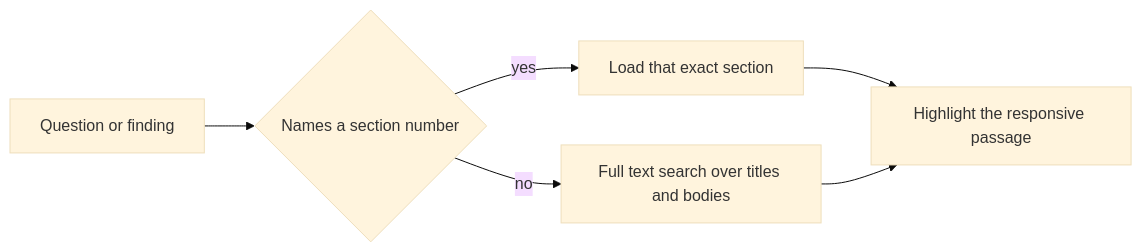
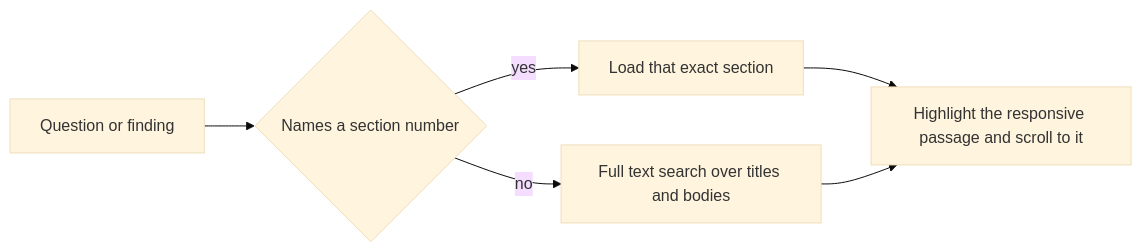
One commit to aaravmin/Pincite changed the third of 4 diagrams in README.md. Above: the diagram before and after it, drawn with Mermaid (base theme). The commit also changed other lines of this file and 41 other files, not shown here.

````diff
--- a/README.md
+++ b/README.md
@@ -120,8 +97,8 @@
 ```mermaid
 flowchart LR
   A[Question or finding] --> B{Names a section number}
   B -->|yes| C[Load that exact section]
   B -->|no| D[Full text search over titles and bodies]
-  C --> E[Highlight the responsive passage]
+  C --> E[Highlight the responsive passage and scroll to it]
   D --> E
 ```
````
